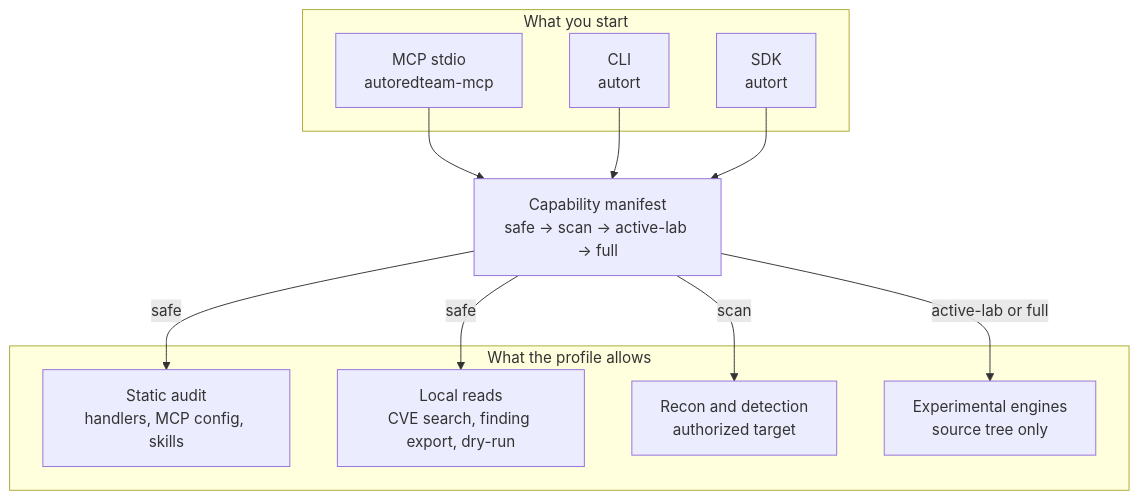
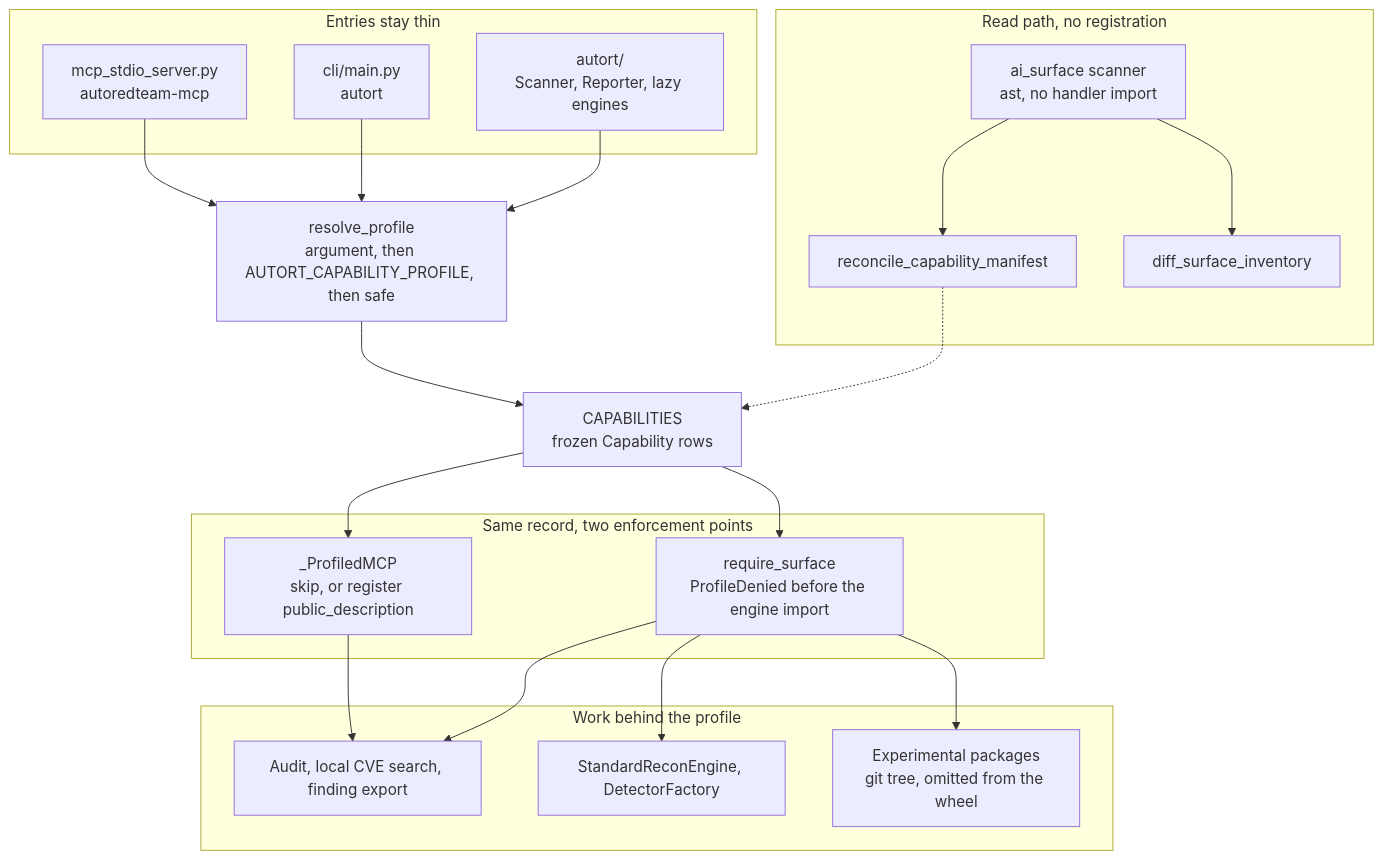
Before and after one commit to Coff0xc/AutoRedTeam-Orchestrator: the diagram in README.md, drawn with Mermaid. The commit also changed other lines of this file, not shown here.

First line of the commit message:
docs: explain why the audit gate is built this way

````diff
--- a/README.md
+++ b/README.md
@@ -53,25 +91,42 @@
 ```mermaid
 flowchart TB
-  subgraph entries [What you start]
-    MCP["MCP stdio<br/>autoredteam-mcp"]
-    CLI["CLI<br/>autort"]
-    SDK["SDK<br/>autort"]
+  subgraph entries [Entries stay thin]
+    MCP["mcp_stdio_server.py<br/>autoredteam-mcp"]
+    CLI["cli/main.py<br/>autort"]
+    SDK["autort/<br/>Scanner, Reporter, lazy engines"]
   end
 
-  Gate["Capability manifest<br/>safe → scan → active-lab → full"]
+  Resolve["resolve_profile<br/>argument, then AUTORT_CAPABILITY_PROFILE, then safe"]
+  Manifest["CAPABILITIES<br/>frozen Capability rows"]
 
-  subgraph work [What the profile allows]
-    Audit["Static audit<br/>handlers, MCP config, skills"]
-    Local["Local reads<br/>CVE search, finding export, dry-run"]
-    ScanEng["Recon and detection<br/>authorized target"]
-    Lab["Experimental engines<br/>source tree only"]
+  subgraph gate [Same record, two enforcement points]
+    Reg["_ProfiledMCP<br/>skip, or register public_description"]
+    Call["require_surface<br/>ProfileDenied before the engine import"]
   end
 
-  MCP --> Gate
-  CLI --> Gate
-  SDK --> Gate
-  Gate -->|safe| Audit
-  Gate -->|safe| Local
-  Gate -->|scan| ScanEng
-  Gate -->|active-lab or full| Lab
+  subgraph read [Read path, no registration]
+    AST["ai_surface scanner<br/>ast, no handler import"]
+    Recon["reconcile_capability_manifest"]
+    Diff["diff_surface_inventory"]
+  end
+
+  subgraph work [Work behind the profile]
+    SafeWork["Audit, local CVE search, finding export"]
+    ScanWork["StandardReconEngine, DetectorFactory"]
+    Lab["Experimental packages<br/>git tree, omitted from the wheel"]
+  end
+
+  MCP --> Resolve
+  CLI --> Resolve
+  SDK --> Resolve
+  Resolve --> Manifest
+  Manifest --> Reg
+  Manifest --> Call
+  AST --> Recon
+  Recon -.-> Manifest
+  AST --> Diff
+  Reg --> SafeWork
+  Call --> SafeWork
+  Call --> ScanWork
+  Call --> Lab
 ```
````
